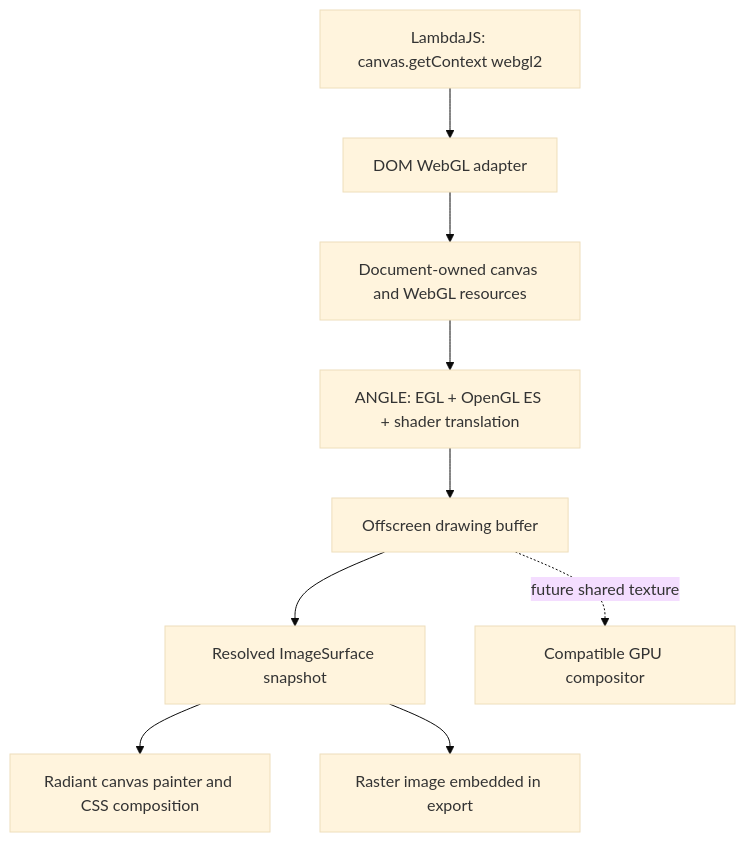
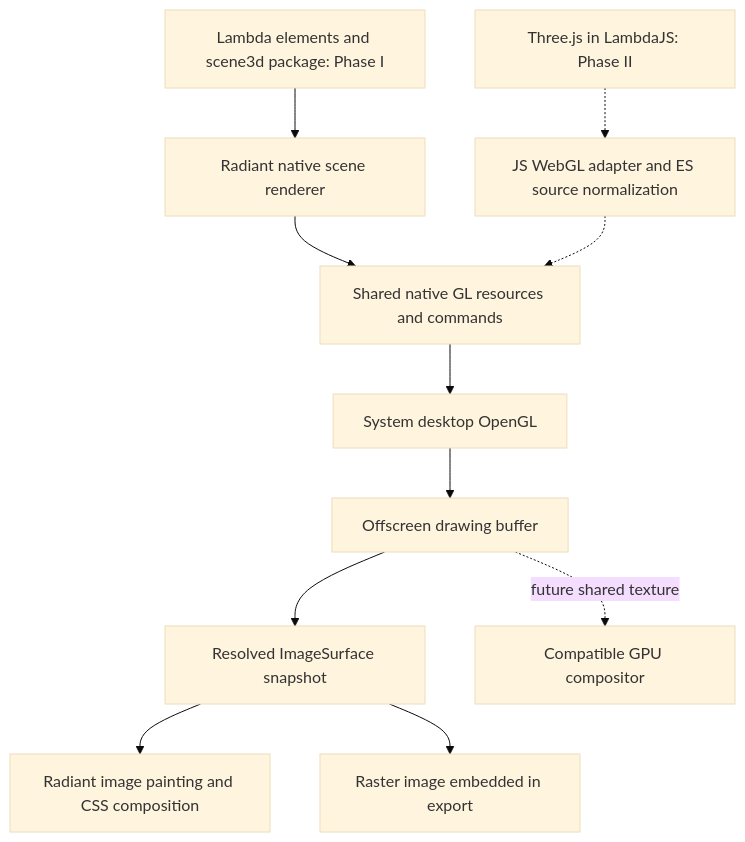
One commit to henry-luo/lambda changed the diagram in vibe/radaint/Radiant_Design_WebGL.md. Above: the diagram before and after it, drawn with Mermaid (base theme). The commit also changed other lines of this file and 1 other file, not shown here.

Commit message:
Revise Radiant 3D design for native scenes and SVG sizing

````diff
--- a/vibe/radaint/Radiant_Design_WebGL.md
+++ b/vibe/radaint/Radiant_Design_WebGL.md
@@ -71,11 +107,13 @@
 ```mermaid
 flowchart TD
-    JS[LambdaJS: canvas.getContext webgl2] --> DOM[DOM WebGL adapter]
-    DOM --> OWNER[Document-owned canvas and WebGL resources]
-    OWNER --> ANGLE[ANGLE: EGL + OpenGL ES + shader translation]
-    ANGLE --> GPU[Offscreen drawing buffer]
+    LAMBDA[Lambda elements and scene3d package: Phase I] --> SCENE[Radiant native scene renderer]
+    SCENE --> CORE[Shared native GL resources and commands]
+    THREE[Three.js in LambdaJS: Phase II] -.-> WEBGL[JS WebGL adapter and ES source normalization]
+    WEBGL -.-> CORE
+    CORE --> GL[System desktop OpenGL]
+    GL --> GPU[Offscreen drawing buffer]
     GPU --> SNAP[Resolved ImageSurface snapshot]
-    SNAP --> PAINT[Radiant canvas painter and CSS composition]
+    SNAP --> PAINT[Radiant image painting and CSS composition]
     SNAP --> EXPORT[Raster image embedded in export]
     GPU -. future shared texture .-> COMPOSITOR[Compatible GPU compositor]
 ```
````
